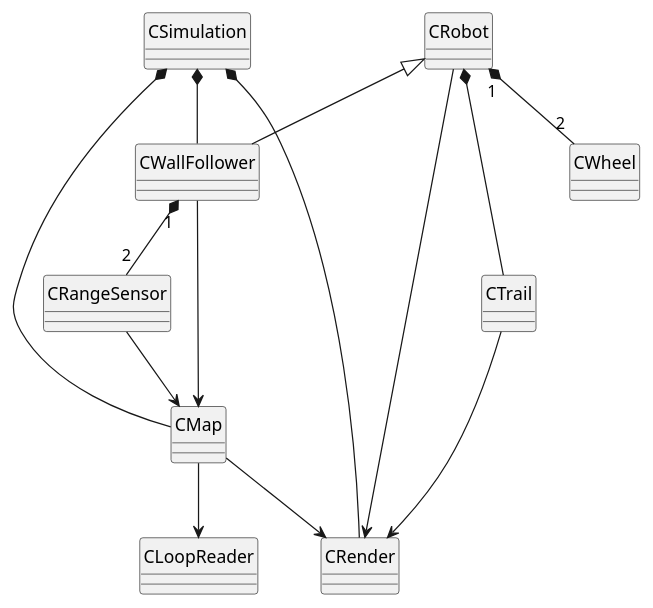
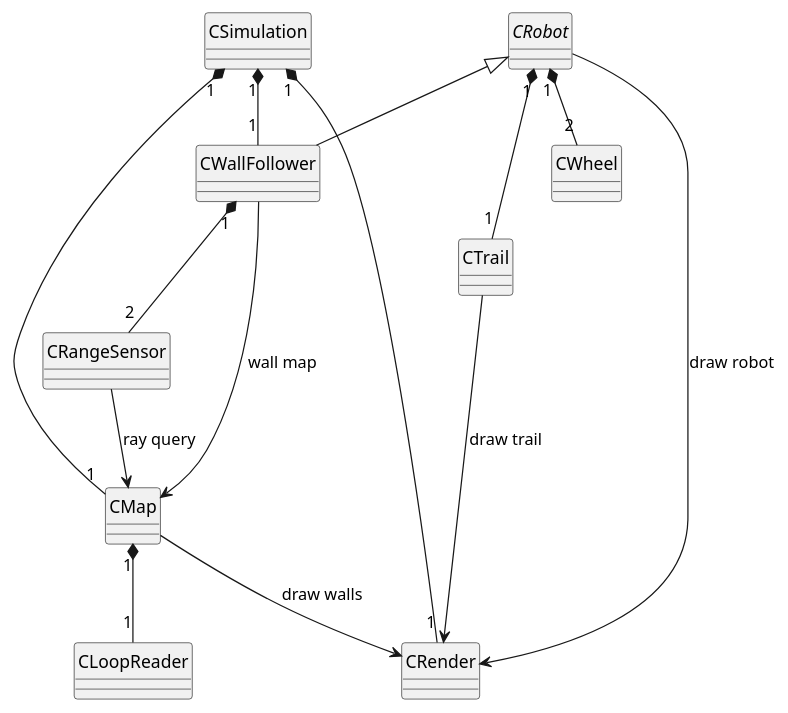
Before and after one commit to jyan6400/MTRX3760-Lab-2-Group-82: the diagram in A1/A1_UML.puml, drawn with PlantUML.

Commit message:
Update A1 UML diagram

```diff
--- a/A1/A1_UML.puml
+++ b/A1/A1_UML.puml
@@ -1,45 +1,62 @@
 @startuml
+
 skinparam classAttributeIconSize 0
 skinparam style strictuml
+
+' ============================================================
+' Classes
+' ============================================================
 
 class CSimulation
 class CRender
 class CMap
 class CLoopReader
-class CRobot
+
+abstract class CRobot
 class CWallFollower
+
 class CWheel
+class CTrail
 class CRangeSensor
-class CTrail
+
+' ============================================================
+' Inheritance
+' ============================================================
 
 CRobot <|-- CWallFollower
 
-'Each update advances the simulation 
-'by a fixed amount of simulated time.
-CSimulation *-- CRender
-CSimulation *-- CMap
+' ============================================================
+' Simulation Ownership
+' ============================================================
 
-'Each time the robot collides with a wall, 
-'the collision is reported to the console.
-CSimulation *-- CWallFollower
+CSimulation "1" *-- "1" CRender
+CSimulation "1" *-- "1" CMap
+CSimulation "1" *-- "1" CWallFollower
 
-'The robot is driven by two independently 
-'controlled wheels, one either side.
+' ============================================================
+' Robot Ownership
+' ============================================================
+
 CRobot "1" *-- "2" CWheel
+CRobot "1" *-- "1" CTrail
 
-'The robot (Wallfollower is inherited from robot)
-'carries exactly two range sensors
 CWallFollower "1" *-- "2" CRangeSensor
 
-'The robot leaves a trail behind it showing its trajectory, 
-'and the trail remains visible for the whole run.
-CRobot *-- CTrail
+' ============================================================
+' Map Ownership
+' ============================================================
 
-CMap --> CLoopReader
-CWallFollower --> CMap
-CRangeSensor --> CMap
-CRobot --> CRender
-CMap --> CRender
-CTrail --> CRender
+CMap "1" *-- "1" CLoopReader
+
+' ============================================================
+' Non-Owning Relationships
+' ============================================================
+
+CWallFollower --> CMap : wall map
+CRangeSensor --> CMap : ray query
+
+CRobot --> CRender : draw robot
+CMap --> CRender : draw walls
+CTrail --> CRender : draw trail
 
 @enduml
```
